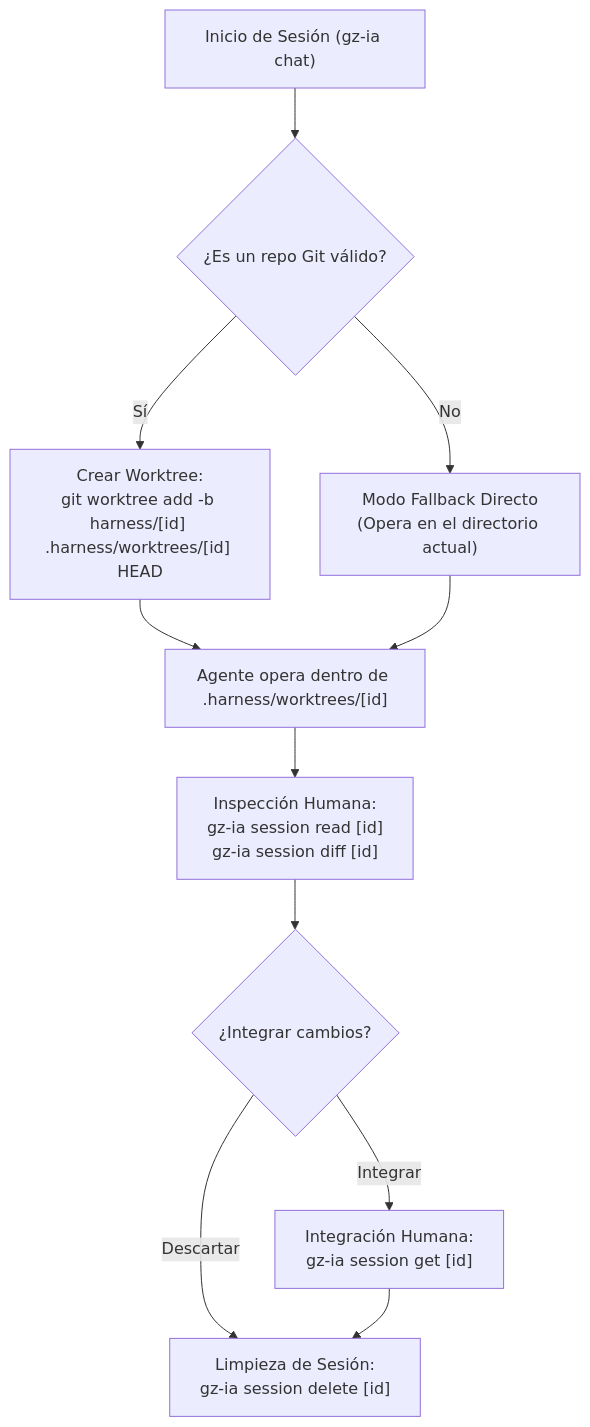
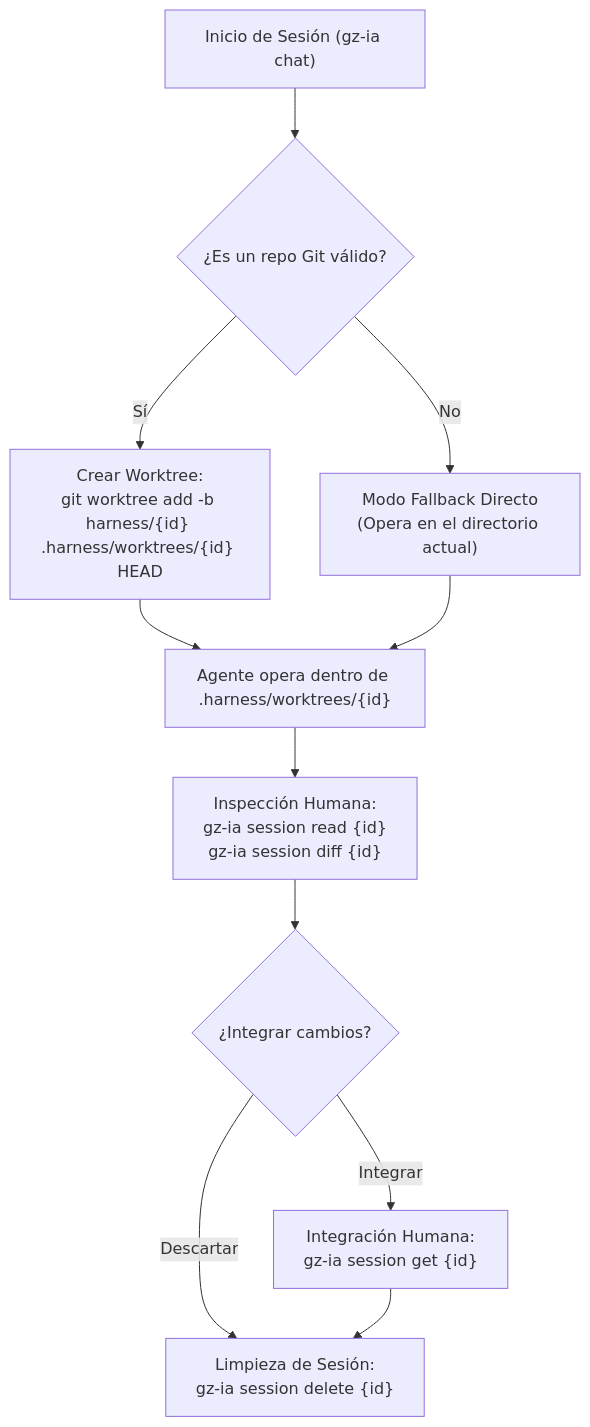
One commit to GountzJs/gountz-ia changed the diagram in docs/architecture/worktrees.md. Above: the diagram before and after it, drawn with Mermaid. The commit also changed 14 other files, not shown here.

````diff
--- a/docs/architecture/worktrees.md
+++ b/docs/architecture/worktrees.md
@@ -42,19 +42,19 @@
 ```mermaid
 flowchart TD
     Init["Inicio de Sesión (gz-ia chat)"] --> CheckGit{"¿Es un repo Git válido?"}
     
-    CheckGit -- Sí --> CreateWT["Crear Worktree:<br/>git worktree add -b harness/[id] .harness/worktrees/[id] HEAD"]
-    CheckGit -- No --> Fallback["Modo Fallback Directo<br/>(Opera en el directorio actual)"]
+    CheckGit -->|"Sí"| CreateWT["Crear Worktree:<br/>git worktree add -b harness/{id} .harness/worktrees/{id} HEAD"]
+    CheckGit -->|"No"| Fallback["Modo Fallback Directo<br/>(Opera en el directorio actual)"]
     
-    CreateWT --> AgentRun["Agente opera dentro de .harness/worktrees/[id]"]
+    CreateWT --> AgentRun["Agente opera dentro de .harness/worktrees/{id}"]
     Fallback --> AgentRun
     
-    AgentRun --> Audit["Inspección Humana:<br/>gz-ia session read [id]<br/>gz-ia session diff [id]"]
+    AgentRun --> Audit["Inspección Humana:<br/>gz-ia session read {id}<br/>gz-ia session diff {id}"]
     
     Audit --> Decision{"¿Integrar cambios?"}
     
-    Decision -- Integrar --> Get["Integración Humana:<br/>gz-ia session get [id]"]
-    Decision -- Descartar --> Delete["Limpieza de Sesión:<br/>gz-ia session delete [id]"]
+    Decision -->|"Integrar"| Get["Integración Humana:<br/>gz-ia session get {id}"]
+    Decision -->|"Descartar"| Delete["Limpieza de Sesión:<br/>gz-ia session delete {id}"]
     
     Get --> Delete
 ```
````
